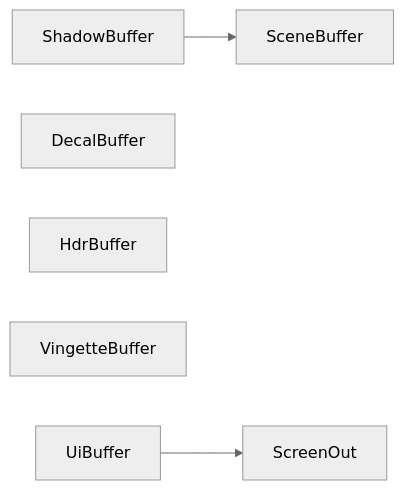
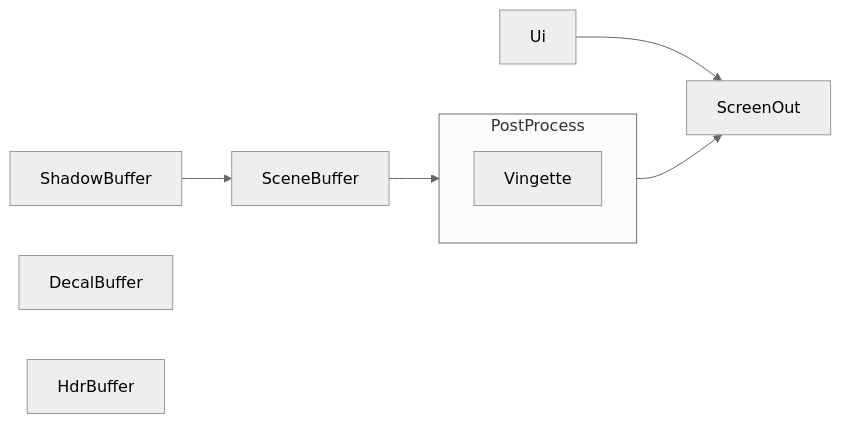
Before and after one commit to kieranknowles1/csc8508-team-project: the diagram in docs/arch/render-ps5.md, drawn with Mermaid (neutral theme). The commit also changed 1 other file, not shown here.

Commit message:
Correct comments

````diff
--- a/docs/arch/render-ps5.md
+++ b/docs/arch/render-ps5.md
@@ -3,11 +3,15 @@
 ```mermaid
 graph LR
     ShadowBuffer-->SceneBuffer
     SceneBuffer
 
     DecalBuffer
     HdrBuffer
-    VingetteBuffer
-    UiBuffer
-    UiBuffer-->ScreenOut
+
+    SceneBuffer-->PostProcess
+    subgraph PostProcess
+        Vingette
+    end
+    PostProcess-->ScreenOut
+    Ui-->ScreenOut
 ```
````
